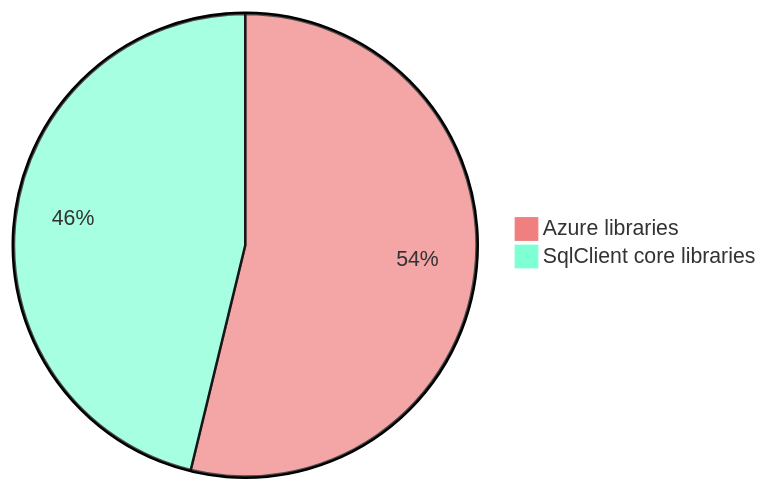
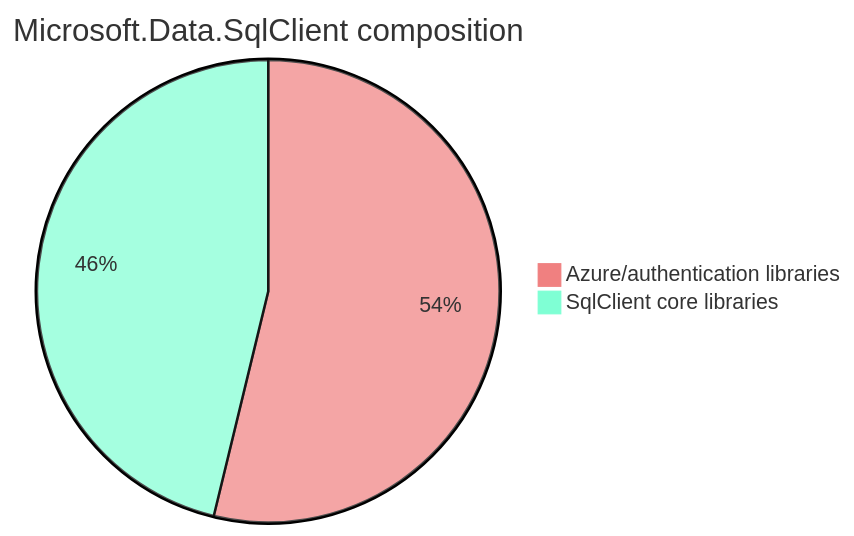
The fourth of 6 diagrams in README.md (0xced/Chisel), drawn with Mermaid before and after one commit. The commit also changed other lines of this file, not shown here.

Commit message:
Improve the README

````diff
--- a/README.md
+++ b/README.md
@@ -281,6 +281,6 @@
 ```mermaid
 %%{ init: { 'theme': 'base', 'themeVariables': { 'pie1': 'lightcoral', 'pie2': 'aquamarine' } } }%%
-pie
-  "Azure libraries" : 3.217
+pie title Microsoft.Data.SqlClient composition
+  "Azure/authentication libraries" : 3.217
   "SqlClient core libraries" : 2.764
 ```
````
